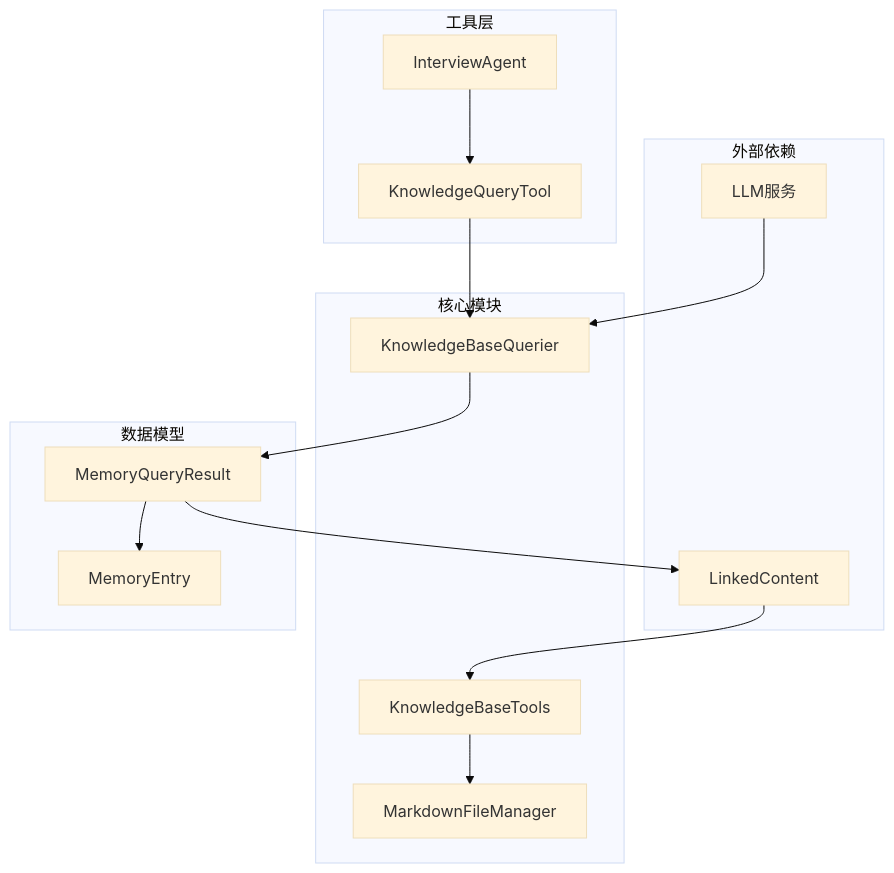
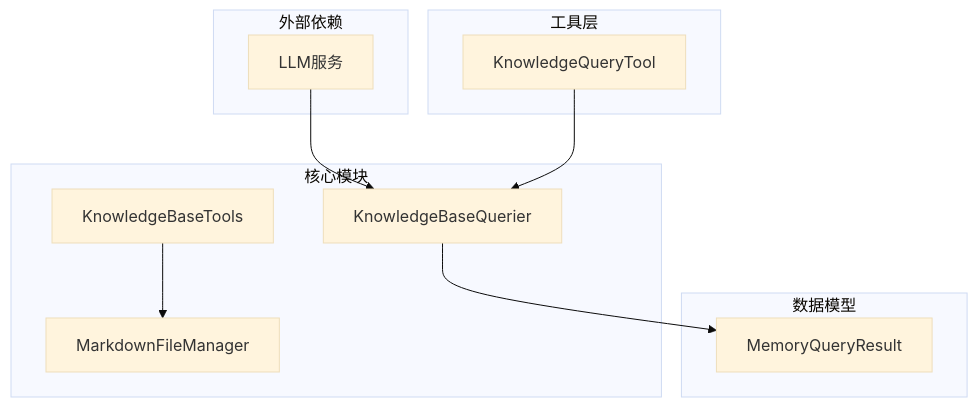
One commit to WangYiKai1017/zizuan changed the fourth of 4 diagrams in .qoder/repowiki/zh/content/知识库系统/知识库查询工具.md. Above: the diagram before and after it, drawn with Mermaid (base theme). The commit also changed other lines of this file and 7 other files, not shown here.

````diff
--- a/.qoder/repowiki/zh/content/知识库系统/知识库查询工具.md
+++ b/.qoder/repowiki/zh/content/知识库系统/知识库查询工具.md
@@ -336,29 +232,21 @@
 ```mermaid
 graph TB
 subgraph "外部依赖"
-LC[LangChain]
 LLM[LLM服务]
 end
 subgraph "核心模块"
 KBT[KnowledgeBaseTools]
 KBQ[KnowledgeBaseQuerier]
 MFM[MarkdownFileManager]
 end
 subgraph "数据模型"
 MQR[MemoryQueryResult]
-ME[MemoryEntry]
-LC[LinkedContent]
 end
 subgraph "工具层"
 KQT[KnowledgeQueryTool]
-IA[InterviewAgent]
 end
-LC --> KBT
 LLM --> KBQ
 KBT --> MFM
 KBQ --> MQR
-MQR --> ME
-MQR --> LC
 KQT --> KBQ
-IA --> KQT
 ```
````
